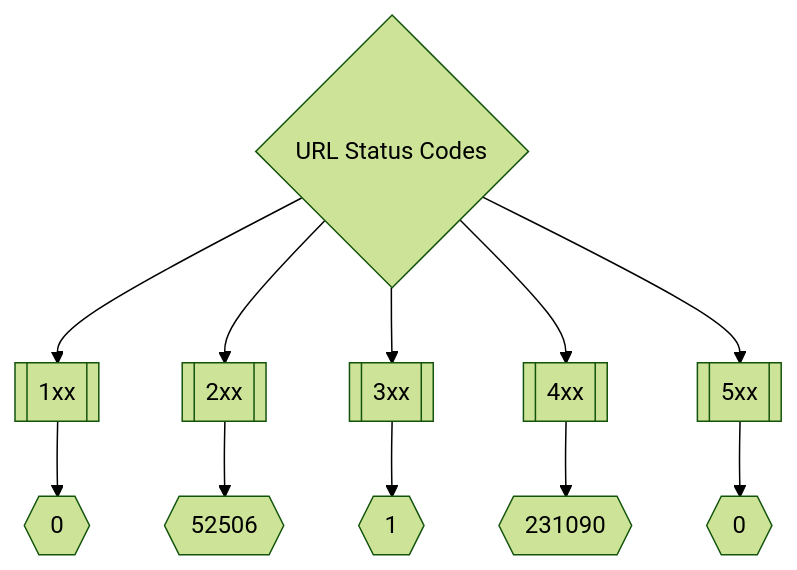
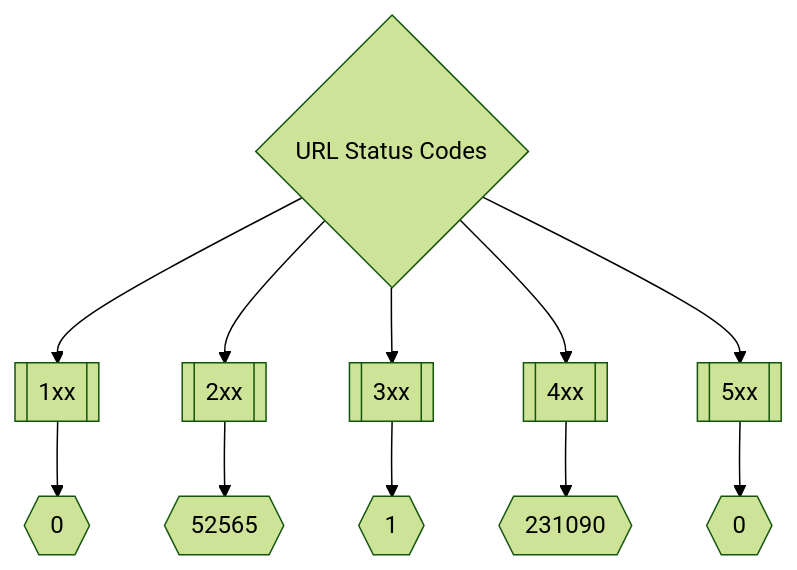
Before and after one commit to trickest/inventory: the second of 3 diagrams in README.md, drawn with Mermaid (forest theme). The commit also changed other lines of this file, not shown here.

Commit message:
Update Sun Apr  3 19:09:27 UTC 2022

````diff
--- a/README.md
+++ b/README.md
@@ -173,8 +173,8 @@
 ```mermaid
 graph TD
 title{URL Status Codes} --> 1xx[[1xx]] --> status1xxNum{{0}}
-title --> 2xx[[2xx]] --> status2xxNum{{52506}}
+title --> 2xx[[2xx]] --> status2xxNum{{52565}}
 title --> 3xx[[3xx]] --> status3xxNum{{1}}
 title --> 4xx[[4xx]] --> status4xxNum{{231090}}
 title --> 5xx[[5xx]] --> status5xxNum{{0}}
 ```
````
